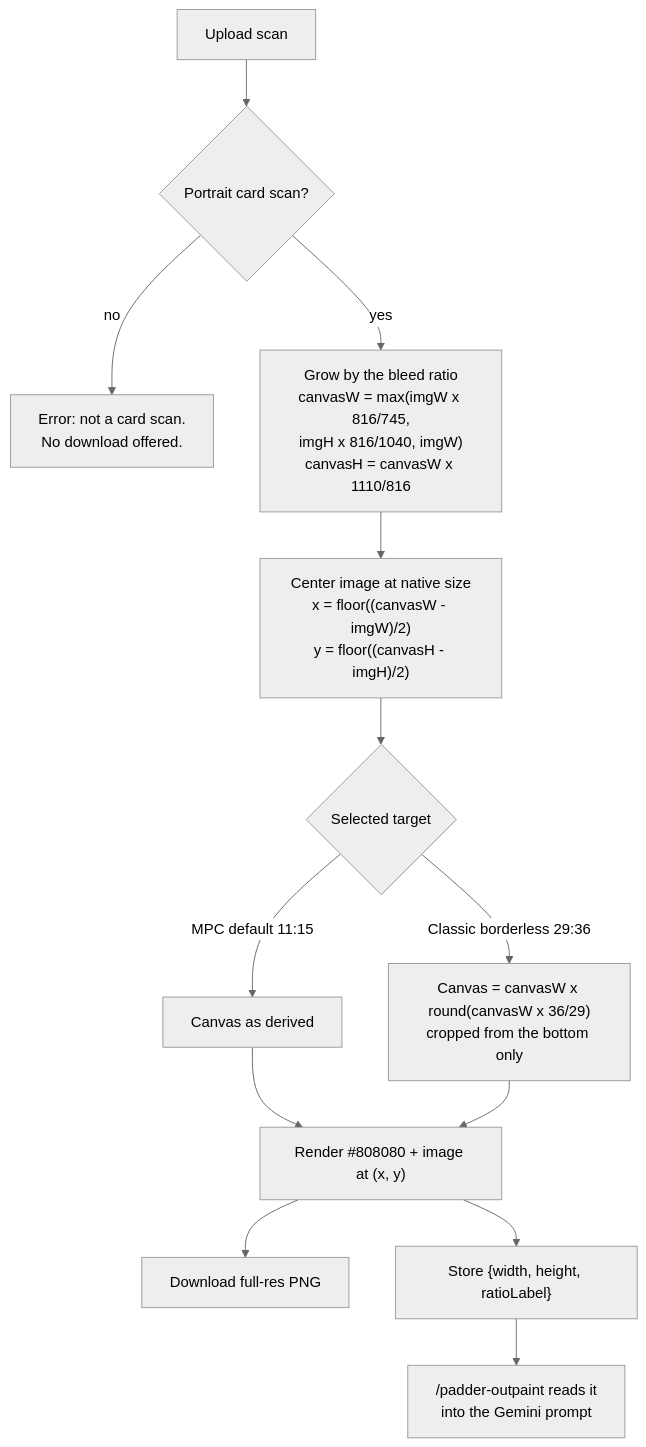
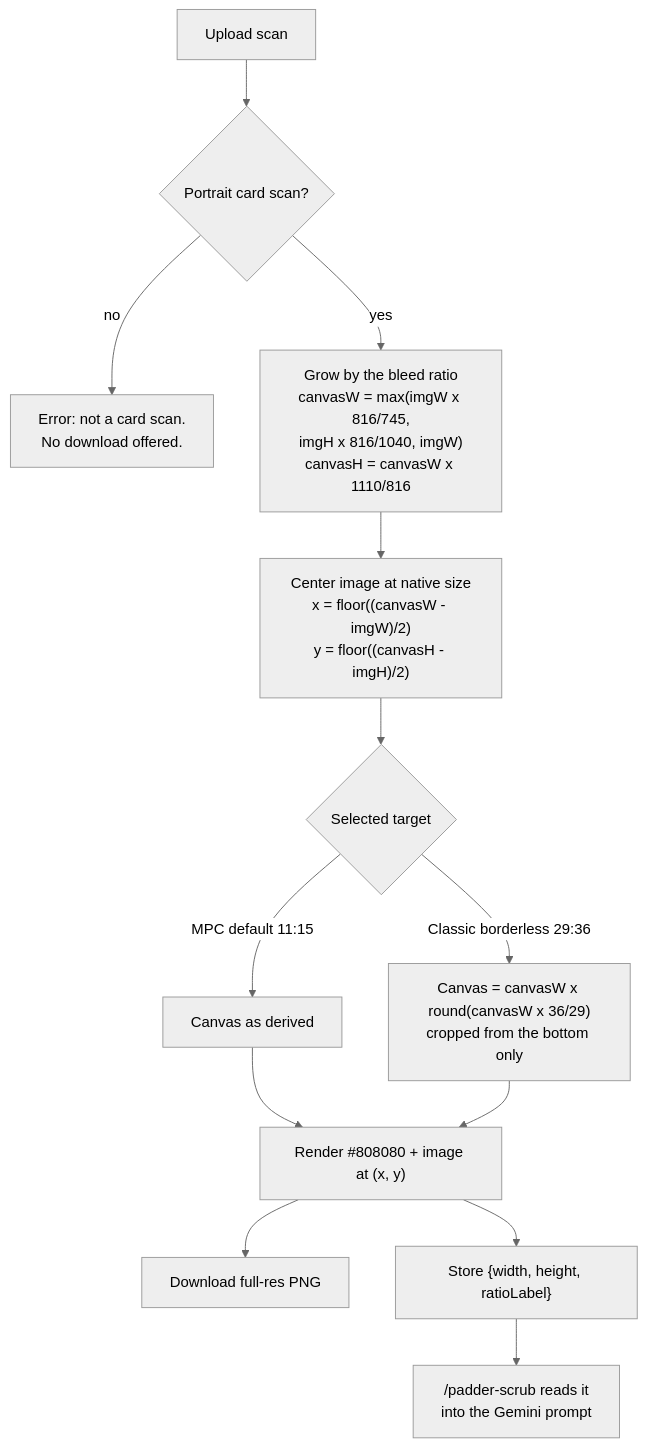
Before and after one commit to alfredskeden/mpctools: the second of 5 diagrams in plans/implan-scryfall-scan-padder/MENTAL_MODEL.md, drawn with Mermaid (neutral theme). The commit also changed other lines of this file and 21 other files, not shown here.

````diff
--- a/plans/implan-scryfall-scan-padder/MENTAL_MODEL.md
+++ b/plans/implan-scryfall-scan-padder/MENTAL_MODEL.md
@@ -26,15 +26,15 @@
 ```mermaid
 flowchart TD
   U["Upload scan"] --> T{"Portrait card scan?"}
   T -- no --> E["Error: not a card scan.<br/>No download offered."]
   T -- yes --> C["Grow by the bleed ratio<br/>canvasW = max(imgW x 816/745,<br/>imgH x 816/1040, imgW)<br/>canvasH = canvasW x 1110/816"]
   C --> P["Center image at native size<br/>x = floor((canvasW - imgW)/2)<br/>y = floor((canvasH - imgH)/2)"]
   P --> S{"Selected target"}
   S -- "MPC default 11:15" --> A["Canvas as derived"]
   S -- "Classic borderless 29:36" --> B["Canvas = canvasW x round(canvasW x 36/29)<br/>cropped from the bottom only"]
   A --> R["Render #808080 + image at (x, y)"]
   B --> R
   R --> DL["Download full-res PNG"]
   R --> H["Store {width, height, ratioLabel}"]
-  H --> O["/padder-outpaint reads it<br/>into the Gemini prompt"]
+  H --> O["/padder-scrub reads it<br/>into the Gemini prompt"]
 ```
````
